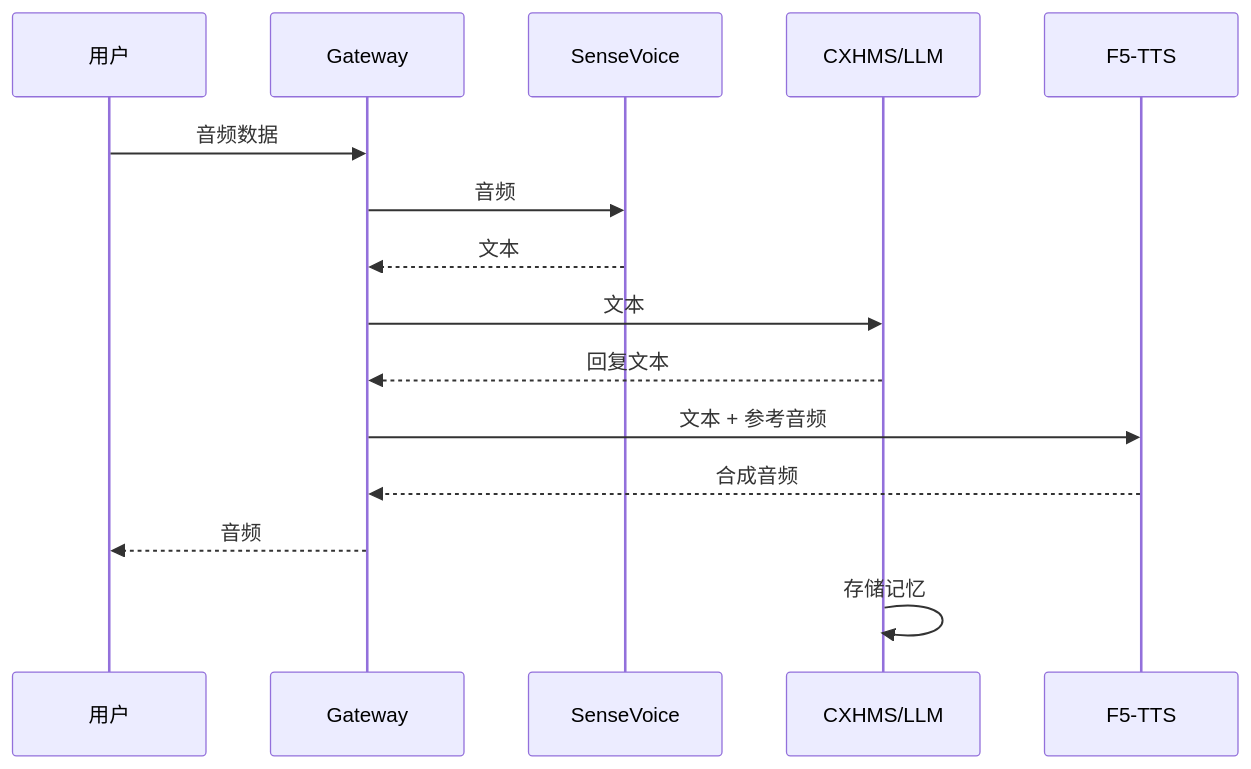
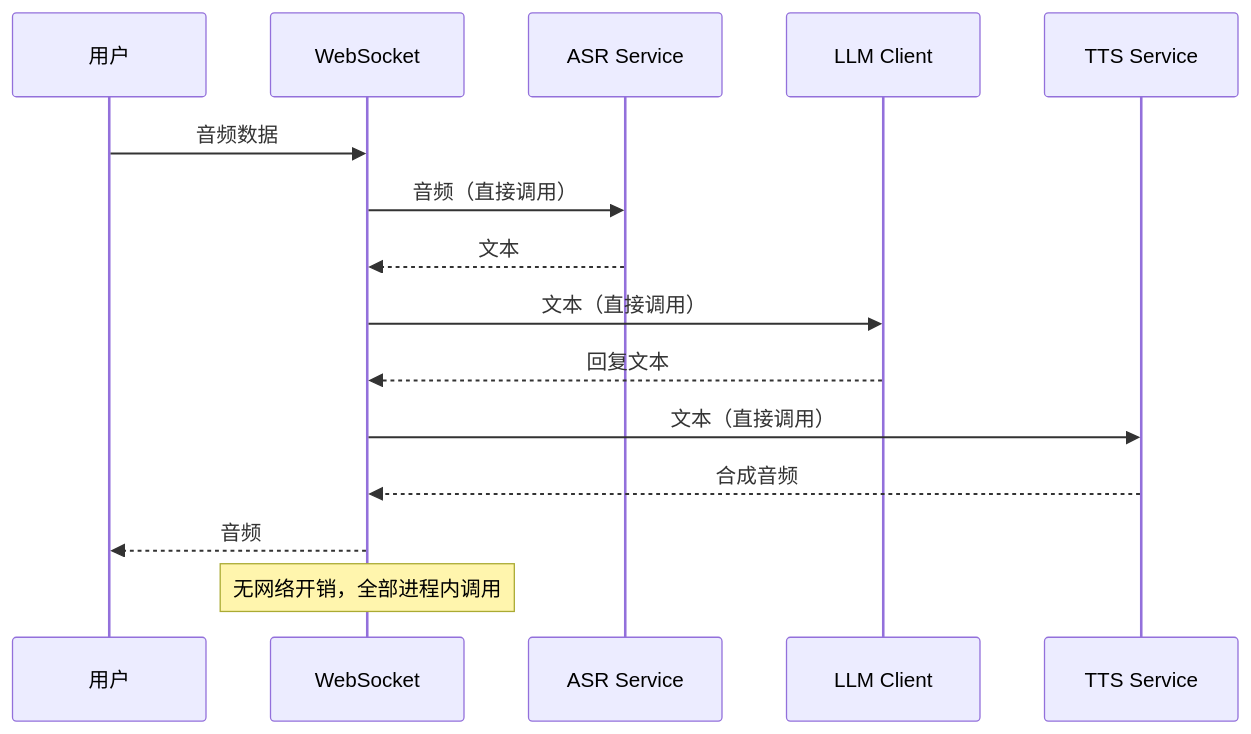
One commit to nbllt666/CX-O changed the second of 4 diagrams in docs/ARCHITECTURE.md. Above: the diagram before and after it, drawn with Mermaid. The commit also changed other lines of this file and 126 other files, not shown here.

````diff
--- a/docs/ARCHITECTURE.md
+++ b/docs/ARCHITECTURE.md
@@ -141,19 +119,19 @@
 ```mermaid
 sequenceDiagram
     participant User as 用户
-    participant GW as Gateway
-    participant ASR as SenseVoice
-    participant LLM as CXHMS/LLM
-    participant TTS as F5-TTS
+    participant WS as WebSocket
+    participant ASR as ASR Service
+    participant LLM as LLM Client
+    participant TTS as TTS Service
 
-    User->>GW: 音频数据
-    GW->>ASR: 音频
-    ASR-->>GW: 文本
-    GW->>LLM: 文本
-    LLM-->>GW: 回复文本
-    GW->>TTS: 文本 + 参考音频
-    TTS-->>GW: 合成音频
-    GW-->>User: 音频
+    User->>WS: 音频数据
+    WS->>ASR: 音频（直接调用）
+    ASR-->>WS: 文本
+    WS->>LLM: 文本（直接调用）
+    LLM-->>WS: 回复文本
+    WS->>TTS: 文本（直接调用）
+    TTS-->>WS: 合成音频
+    WS-->>User: 音频
 
-    LLM->>LLM: 存储记忆
+    Note over WS: 无网络开销，全部进程内调用
 ```
````
